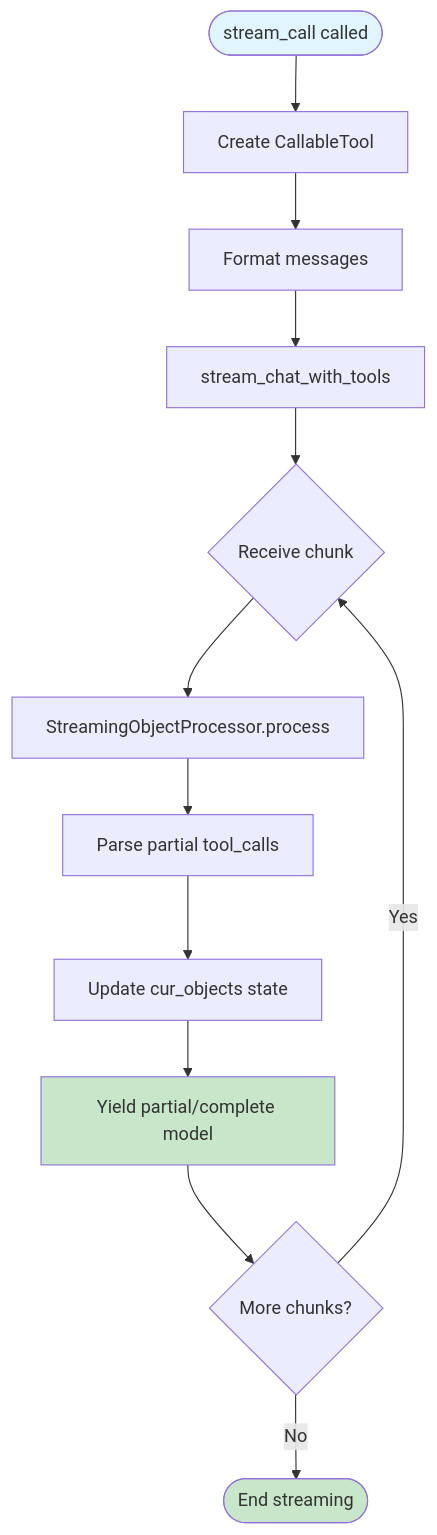
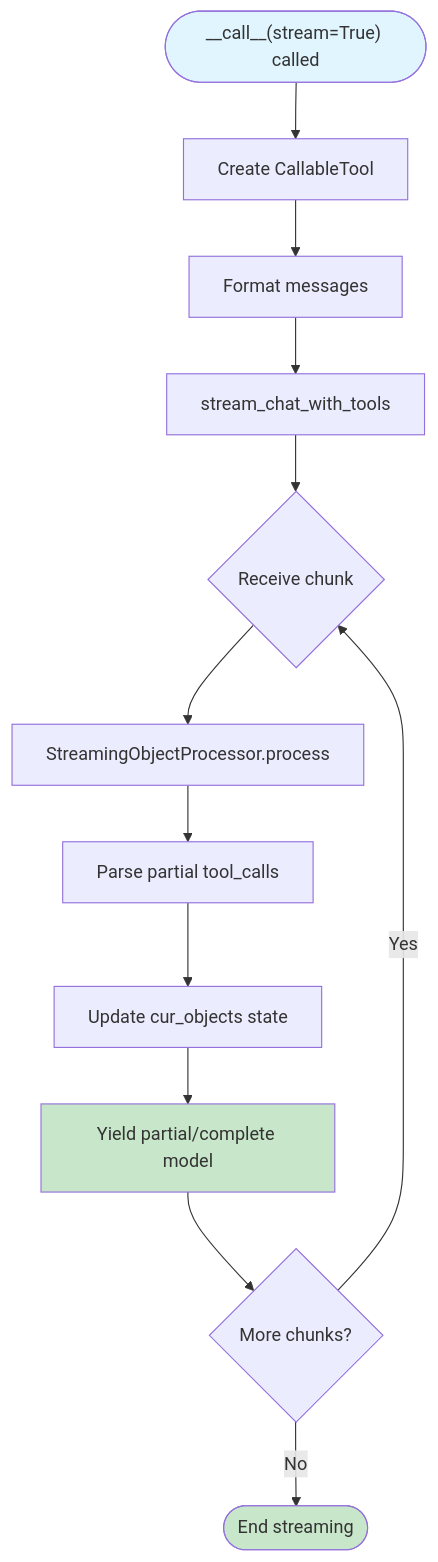
Before and after one commit to Serapieum-of-alex/serapeum: the second of 2 diagrams in docs/reference/core/llms/orchestrators/tool_orchestrating_llm/tool_orchestrating_llm_dataflow.md, drawn with Mermaid. The commit also changed 24 other files, not shown here.

````diff
--- a/docs/reference/core/llms/orchestrators/tool_orchestrating_llm/tool_orchestrating_llm_dataflow.md
+++ b/docs/reference/core/llms/orchestrators/tool_orchestrating_llm/tool_orchestrating_llm_dataflow.md
@@ -239,21 +239,21 @@
 ```mermaid
 flowchart TD
-    StreamStart([stream_call called]) --> CreateTool[Create CallableTool]
+    StreamStart(["__call__(stream=True) called"]) --> CreateTool[Create CallableTool]
     CreateTool --> FormatMsgs[Format messages]
     FormatMsgs --> StreamChat[stream_chat_with_tools]
 
     StreamChat --> ReceiveChunk{Receive chunk}
     ReceiveChunk --> ProcessChunk[StreamingObjectProcessor.process]
 
     ProcessChunk --> ParsePartial[Parse partial tool_calls]
     ParsePartial --> UpdateState[Update cur_objects state]
     UpdateState --> YieldPartial[Yield partial/complete model]
 
     YieldPartial --> MoreChunks{More chunks?}
     MoreChunks -->|Yes| ReceiveChunk
     MoreChunks -->|No| StreamEnd([End streaming])
 
     style StreamStart fill:#e1f5ff
     style YieldPartial fill:#c8e6c9
     style StreamEnd fill:#c8e6c9
 ```
````
